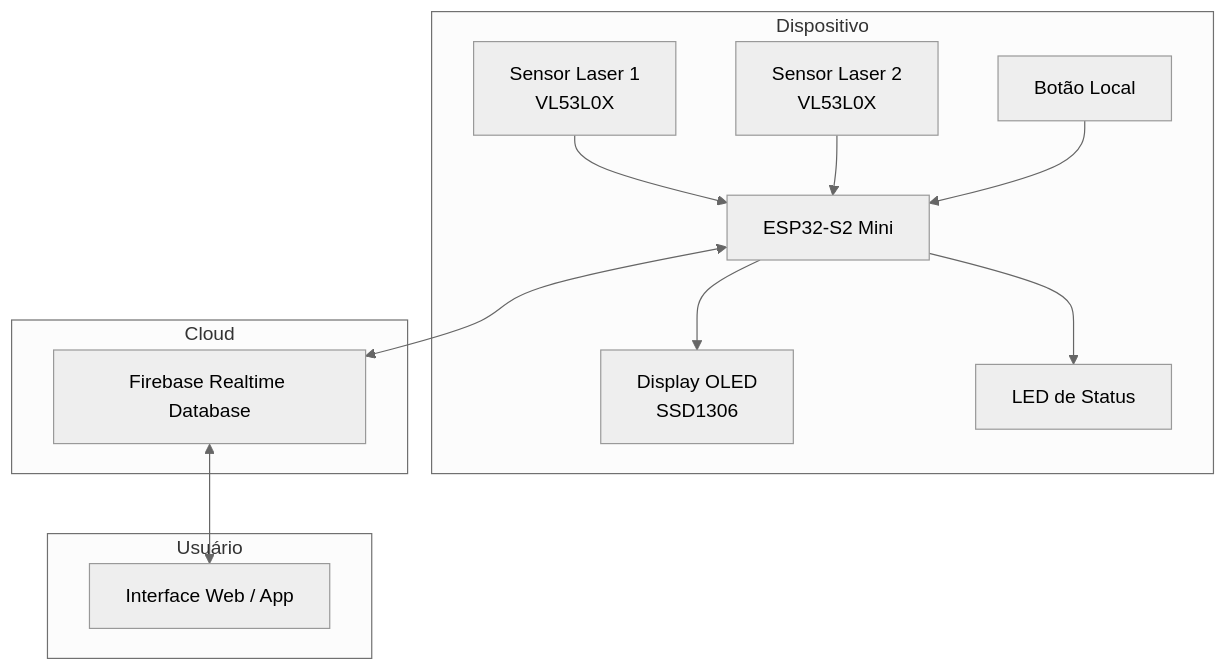
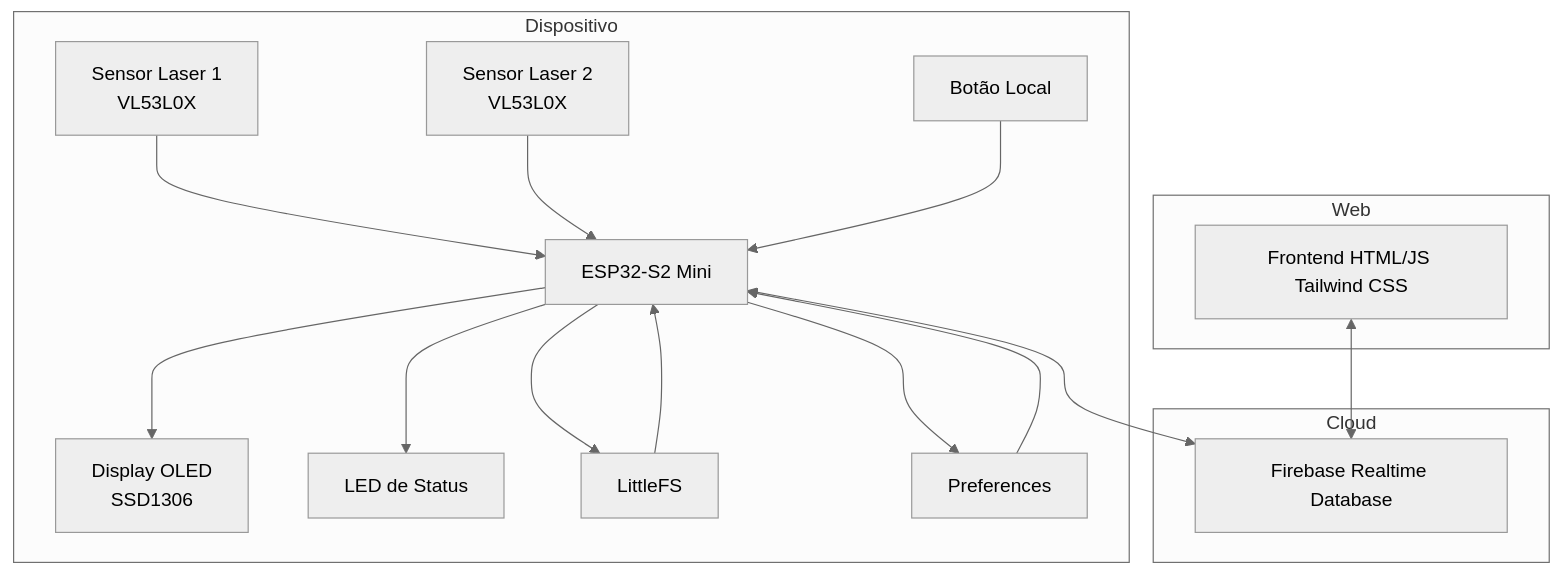
One commit to tecbudo/niveltec changed the first of 8 diagrams in README.md. Above: the diagram before and after it, drawn with Mermaid (neutral theme). The commit also changed other lines of this file, not shown here.

````diff
--- a/README.md
+++ b/README.md
@@ -23,25 +29,31 @@
 ```mermaid
 graph TB
     subgraph Dispositivo
         A[ESP32-S2 Mini]
         B[Sensor Laser 1<br>VL53L0X]
         C[Sensor Laser 2<br>VL53L0X]
         D[Display OLED<br>SSD1306]
         E[LED de Status]
         F[Botão Local]
+        G[LittleFS ]
+        H[Preferences ]
     end
     subgraph Cloud
-        G[Firebase Realtime Database]
+        I[Firebase Realtime Database]
     end
-    subgraph Usuário
-        H[Interface Web / App]
+    subgraph Web
+        J[Frontend HTML/JS Tailwind CSS]
     end
 
     B --> A
     C --> A
     A --> D
     A --> E
     F --> A
-    A <--> G
-    G <--> H
+    A <--> I
+    J <--> I
+    A --> G
+    G --> A
+    A --> H
+    H --> A
 ```
````
